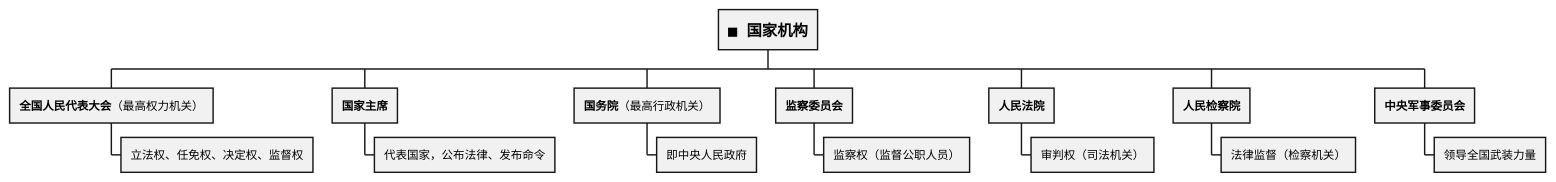
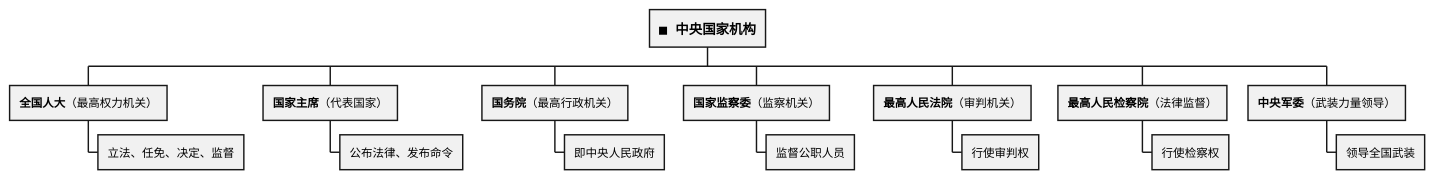
The first of 3 diagrams in 道法/法治教育/宪法与公民权利义务.md (zhyage/Shehui), drawn with PlantUML before and after one commit. The commit also changed 2 other files, not shown here.

Commit message:
拆分过宽的PlantUML图为多个小图以适配A4打印
- 夏商周时间线 → 拆为"夏商西周"和"春秋战国"两图
- 七大洲面积排名 → 拆为"前四大洲"和"后三大洲"两图
- 大洲分界线 → 精简文字，缩小字号
- 国家机构 → 精简文字，缩小字号

````diff
--- a/道法/法治教育/宪法与公民权利义务.md
+++ b/道法/法治教育/宪法与公民权利义务.md
@@ -47,19 +47,19 @@
 ```plantuml
 @startwbs
-+ <size:16><b>■ 国家机构</b></size>
-++ <b>全国人民代表大会</b>（最高权力机关）
-+++ 立法权、任免权、决定权、监督权
-++ <b>国家主席</b>
-+++ 代表国家，公布法律、发布命令
++ <size:14><b>■ 中央国家机构</b></size>
+++ <b>全国人大</b>（最高权力机关）
++++ 立法、任免、决定、监督
+++ <b>国家主席</b>（代表国家）
++++ 公布法律、发布命令
 ++ <b>国务院</b>（最高行政机关）
 +++ 即中央人民政府
-++ <b>监察委员会</b>
-+++ 监察权（监督公职人员）
-++ <b>人民法院</b>
-+++ 审判权（司法机关）
-++ <b>人民检察院</b>
-+++ 法律监督（检察机关）
-++ <b>中央军事委员会</b>
-+++ 领导全国武装力量
+++ <b>国家监察委</b>（监察机关）
++++ 监督公职人员
+++ <b>最高人民法院</b>（审判机关）
++++ 行使审判权
+++ <b>最高人民检察院</b>（法律监督）
++++ 行使检察权
+++ <b>中央军委</b>（武装力量领导）
++++ 领导全国武装
 @endwbs
 ```
````
